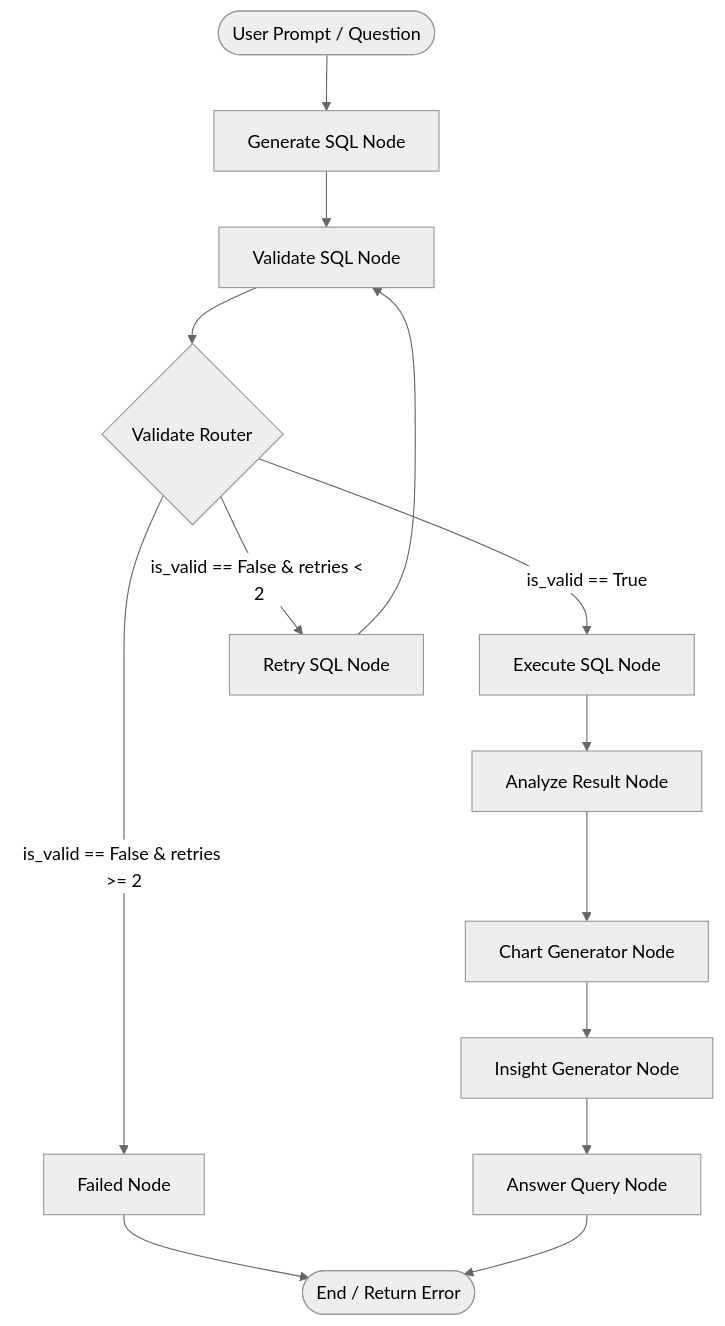
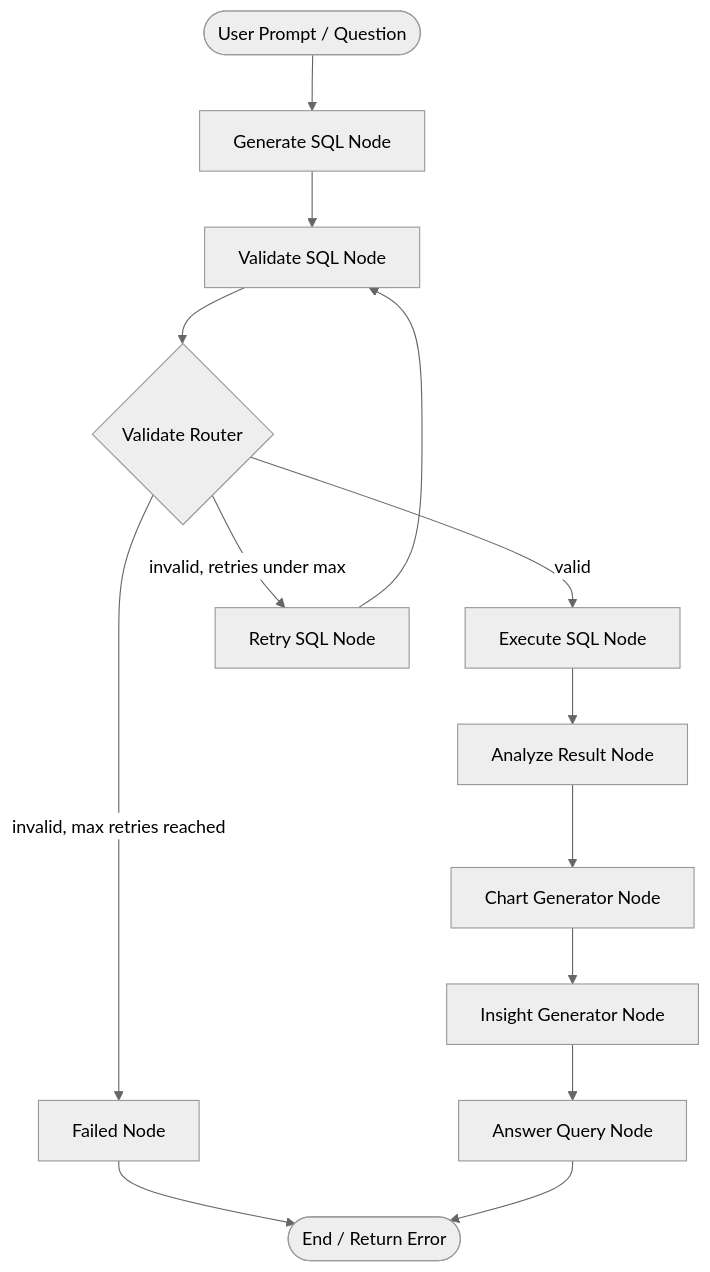
The diagram in README.md (navya-hash/natural-language-sql-agent), drawn with Mermaid (neutral theme) before and after one commit.

Commit message:
readme updated

````diff
--- a/README.md
+++ b/README.md
@@ -47,19 +47,19 @@
 ```mermaid
 flowchart TD
-    Start([User Prompt / Question]) --> GenSQL[Generate SQL Node]
-    GenSQL --> ValSQL[Validate SQL Node]
-    ValSQL --> Route{Validate Router}
-    
-    Route -- "is_valid == True" --> ExecSQL[Execute SQL Node]
-    Route -- "is_valid == False & retries < 2" --> RetrySQL[Retry SQL Node]
-    Route -- "is_valid == False & retries >= 2" --> FailedNode[Failed Node]
-    
+    Start(["User Prompt / Question"]) --> GenSQL["Generate SQL Node"]
+    GenSQL --> ValSQL["Validate SQL Node"]
+    ValSQL --> Route{"Validate Router"}
+
+    Route -->|"valid"| ExecSQL["Execute SQL Node"]
+    Route -->|"invalid, retries under max"| RetrySQL["Retry SQL Node"]
+    Route -->|"invalid, max retries reached"| FailedNode["Failed Node"]
+
     RetrySQL --> ValSQL
-    FailedNode --> EndNode([End / Return Error])
-    
-    ExecSQL --> AnalyzeNode[Analyze Result Node]
-    AnalyzeNode --> ChartNode[Chart Generator Node]
-    ChartNode --> InsightNode[Insight Generator Node]
-    InsightNode --> AnswerNode[Answer Query Node]
+    FailedNode --> EndNode(["End / Return Error"])
+
+    ExecSQL --> AnalyzeNode["Analyze Result Node"]
+    AnalyzeNode --> ChartNode["Chart Generator Node"]
+    ChartNode --> InsightNode["Insight Generator Node"]
+    InsightNode --> AnswerNode["Answer Query Node"]
     AnswerNode --> EndNode
 ```
````
